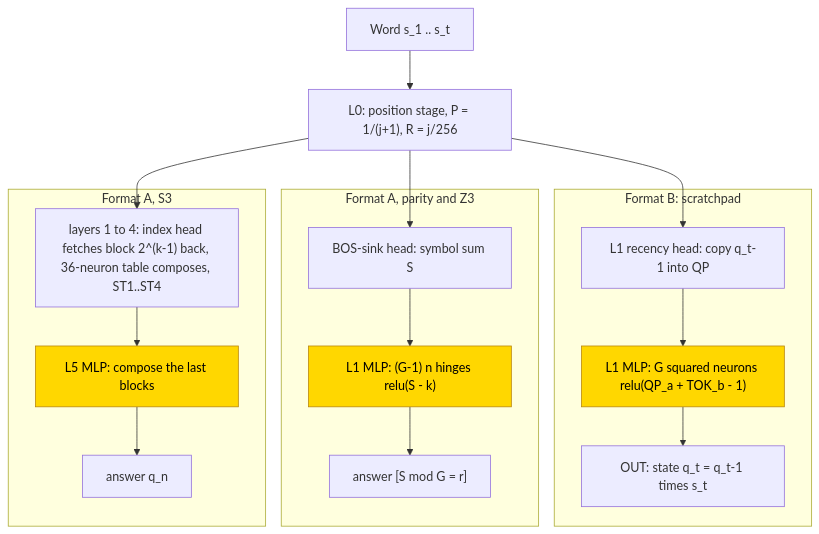
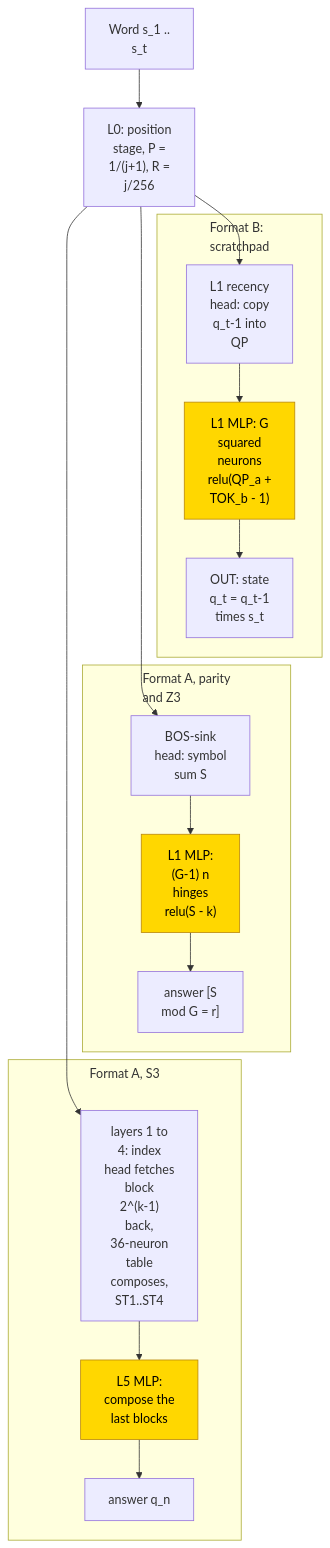
One commit to jc1122/mechanistic-interpretability-circuit-atlas changed the first of 3 diagrams in entries/dfa-group-automata.md. Above: the diagram before and after it, drawn with Mermaid. The commit also changed 39 other files, not shown here.

````diff
--- a/entries/dfa-group-automata.md
+++ b/entries/dfa-group-automata.md
@@ -111,23 +111,27 @@
 ```mermaid
+%%{init: {"flowchart": {"subGraphTitleMargin": {"top": 5, "bottom": 35}}}}%%
 flowchart TD
     accTitle: Hand-built state-table, residue and prefix-doubling routes
     accDescr: A frozen position stage feeds three routes: scratchpads fetch the previous state and apply a transition table; abelian answer-only cells sum symbols and read a residue; permutation answer-only cells compose blocks by prefix doubling. The marked MLPs are the stages trained in the corresponding PART cells.
-    P["Word s_1 .. s_t"] --> L0["L0: position stage, P = 1/(j+1), R = j/256"]
-    subgraph FB["Format B: scratchpad"]
-        B1["L1 recency head: copy q_t-1 into QP"] --> B2["L1 MLP: G squared neurons relu(QP_a + TOK_b - 1)"]
-        B2 --> B3["OUT: state q_t = q_t-1 times s_t"]
+    P["Word s_1 ..<br/>s_t"] --> L0["L0: position<br/>stage, P =<br/>1/(j+1), R =<br/>j/256"]
+    subgraph FB["Format B:<br/>scratchpad"]
+        B1["L1 recency<br/>head: copy<br/>q_t-1 into<br/>QP"] --> B2["L1 MLP: G<br/>squared<br/>neurons<br/>relu(QP_a +<br/>TOK_b - 1)"]
+        B2 --> B3["OUT: state<br/>q_t = q_t-1<br/>times s_t"]
     end
-    subgraph FA["Format A, parity and Z3"]
-        A1["BOS-sink head: symbol sum S"] --> A2["L1 MLP: (G-1) n hinges relu(S - k)"]
-        A2 --> A3["answer [S mod G = r]"]
+    subgraph FA["Format A, parity<br/>and Z3"]
+        A1["BOS-sink<br/>head: symbol<br/>sum S"] --> A2["L1 MLP:<br/>(G-1) n<br/>hinges<br/>relu(S - k)"]
+        A2 --> A3["answer [S<br/>mod G = r]"]
     end
     subgraph FS["Format A, S3"]
-        S1["layers 1 to 4: index head fetches block 2^(k-1) back, 36-neuron table composes, ST1..ST4"] --> S2["L5 MLP: compose the last blocks"]
+        S1["layers 1 to<br/>4: index<br/>head fetches<br/>block<br/>2^(k-1)<br/>back,<br/>36-neuron<br/>table<br/>composes,<br/>ST1..ST4"] --> S2["L5 MLP:<br/>compose the<br/>last blocks"]
         S2 --> S3["answer q_n"]
     end
     L0 --> B1
     L0 --> A1
     L0 --> S1
     classDef trained fill:gold,stroke:darkgoldenrod,color:black
     class B2,A2,S2 trained
+    %% Invisible links constrain vertical layout only, not computation.
+    B3 ~~~ A1
+    A3 ~~~ S1
 ```
````
